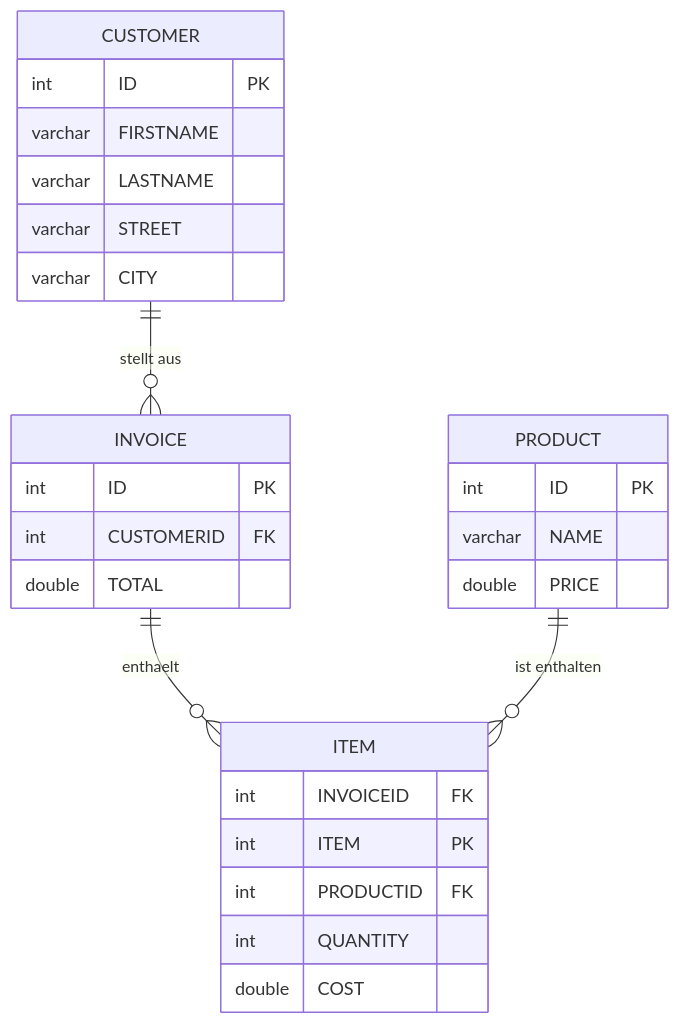
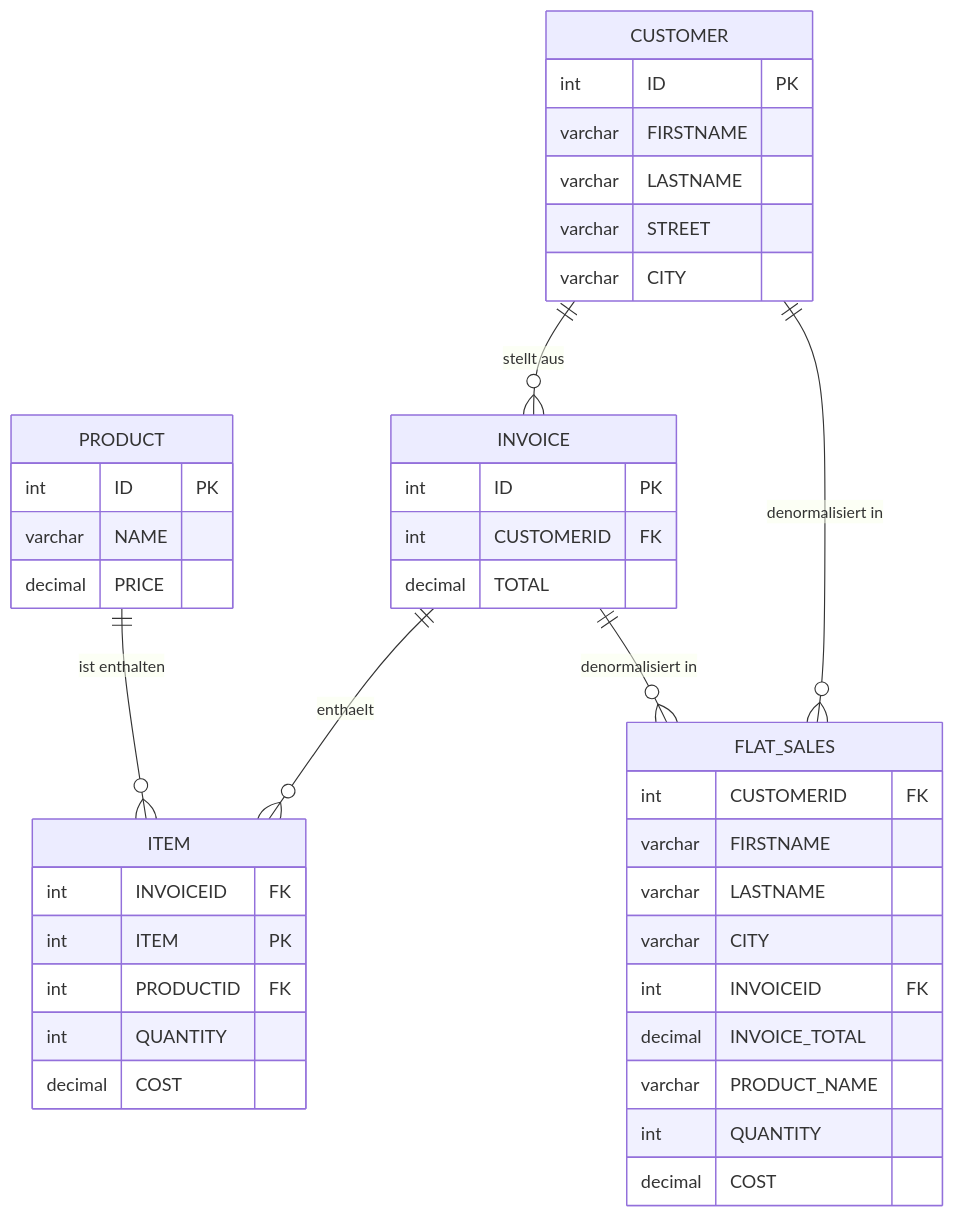
One commit to IlyaBashlyaev/DatabaseBenchmark changed the diagram in docs/er_diagram/er_diagram.md. Above: the diagram before and after it, drawn with Mermaid. The commit also changed 4 other files, not shown here.

````diff
--- a/docs/er_diagram/er_diagram.md
+++ b/docs/er_diagram/er_diagram.md
@@ -3,34 +3,48 @@
 ```mermaid
 erDiagram
     CUSTOMER {
         int ID PK
         varchar FIRSTNAME
         varchar LASTNAME
         varchar STREET
         varchar CITY
     }
 
     INVOICE {
         int ID PK
         int CUSTOMERID FK
-        double TOTAL
+        decimal TOTAL
     }
 
     ITEM {
         int INVOICEID FK
         int ITEM PK
         int PRODUCTID FK
         int QUANTITY
-        double COST
+        decimal COST
     }
 
     PRODUCT {
         int ID PK
         varchar NAME
-        double PRICE
+        decimal PRICE
+    }
+
+    FLAT_SALES {
+        int CUSTOMERID FK
+        varchar FIRSTNAME
+        varchar LASTNAME
+        varchar CITY
+        int INVOICEID FK
+        decimal INVOICE_TOTAL
+        varchar PRODUCT_NAME
+        int QUANTITY
+        decimal COST
     }
 
     CUSTOMER ||--o{ INVOICE : "stellt aus"
     INVOICE ||--o{ ITEM : enthaelt
     PRODUCT ||--o{ ITEM : "ist enthalten"
+    CUSTOMER ||--o{ FLAT_SALES : "denormalisiert in"
+    INVOICE ||--o{ FLAT_SALES : "denormalisiert in"
 ```
````
